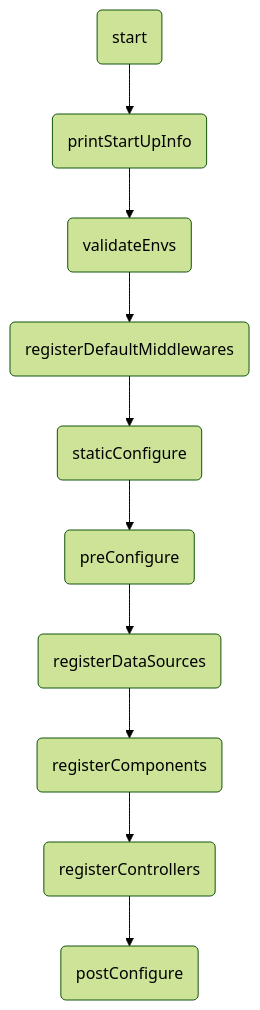
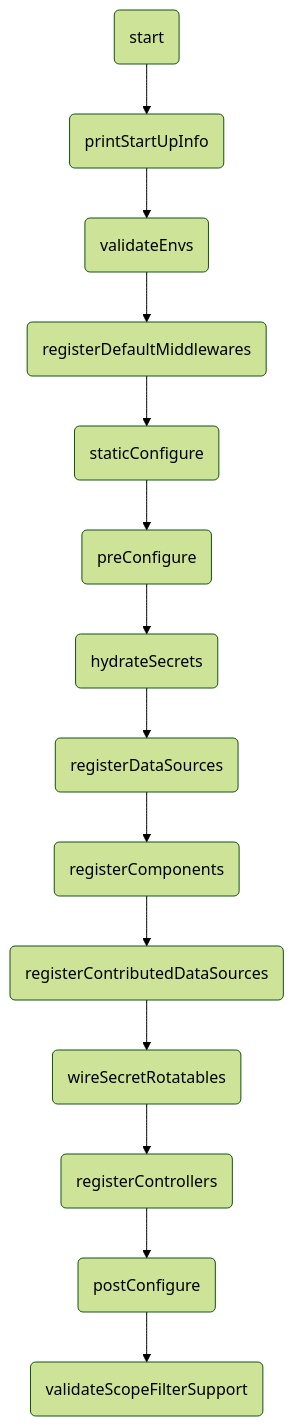
The second of 2 diagrams in docs/wiki/content/references/base/application.md (VENIZIA-AI/ignis), drawn with Mermaid (forest theme) before and after one commit. The commit also changed other lines of this file and 20 other files, not shown here.

````diff
--- a/docs/wiki/content/references/base/application.md
+++ b/docs/wiki/content/references/base/application.md
@@ -297,12 +280,16 @@
 ```mermaid
 graph TD
     A(start) --> B(printStartUpInfo);
     B --> C(validateEnvs);
     C --> D(registerDefaultMiddlewares);
     D --> E(staticConfigure);
     E --> F(preConfigure);
-    F --> G(registerDataSources);
-    G --> H(registerComponents);
-    H --> I(registerControllers);
-    I --> J(postConfigure);
+    F --> G(hydrateSecrets);
+    G --> H(registerDataSources);
+    H --> I(registerComponents);
+    I --> J(registerContributedDataSources);
+    J --> K(wireSecretRotatables);
+    K --> L(registerControllers);
+    L --> M(postConfigure);
+    M --> N(validateScopeFilterSupport);
 ```
````
